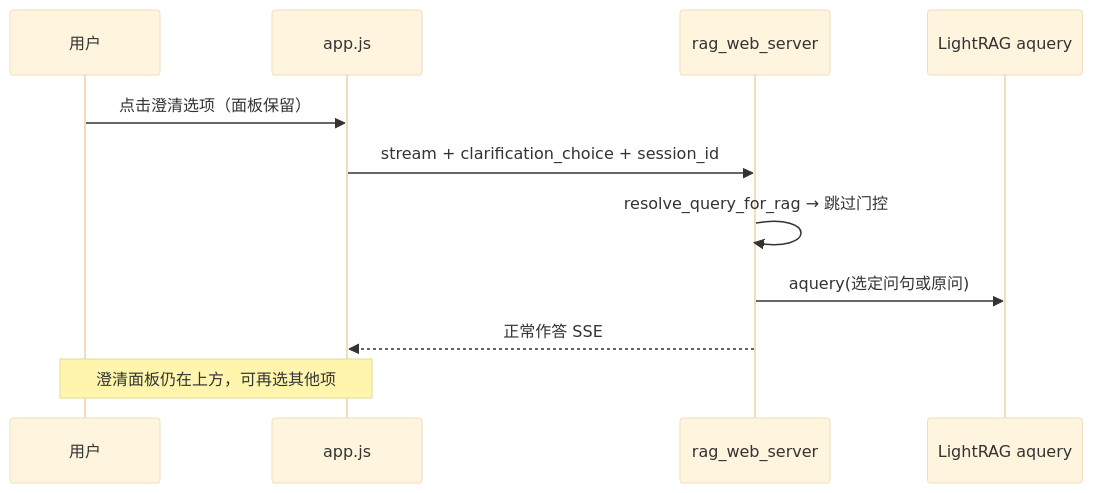
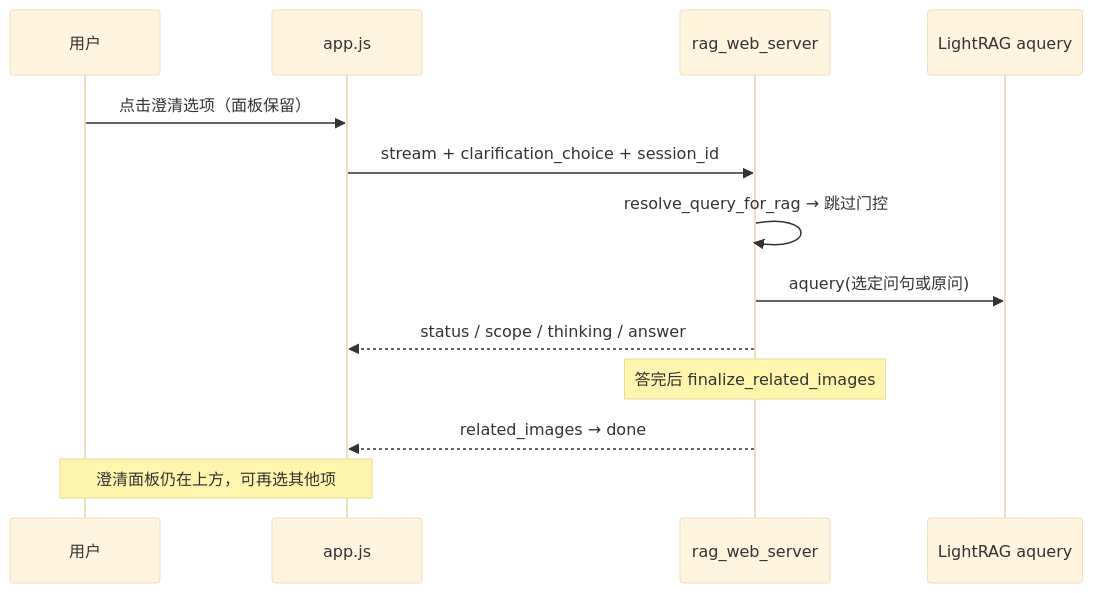
One commit to yiliangbetter/IndustrialRAG changed the fourth of 7 diagrams in docs/问答全流程图.md. Above: the diagram before and after it, drawn with Mermaid (base theme). The commit also changed other lines of this file and 2 other files, not shown here.

First line of the commit message:
fix(query): restore retrieval_scope SSE and align Q&A flow docs

````diff
--- a/docs/问答全流程图.md
+++ b/docs/问答全流程图.md
@@ -188,14 +196,16 @@
 ```mermaid
 sequenceDiagram
     participant U as 用户
     participant JS as app.js
     participant API as rag_web_server
     participant RAG as LightRAG aquery
 
     U->>JS: 点击澄清选项（面板保留）
     JS->>API: stream + clarification_choice + session_id
     API->>API: resolve_query_for_rag → 跳过门控
     API->>RAG: aquery(选定问句或原问)
-    API-->>JS: 正常作答 SSE
+    API-->>JS: status / scope / thinking / answer
+    Note over API: 答完后 finalize_related_images
+    API-->>JS: related_images → done
     Note over U,JS: 澄清面板仍在上方，可再选其他项
 ```
````
